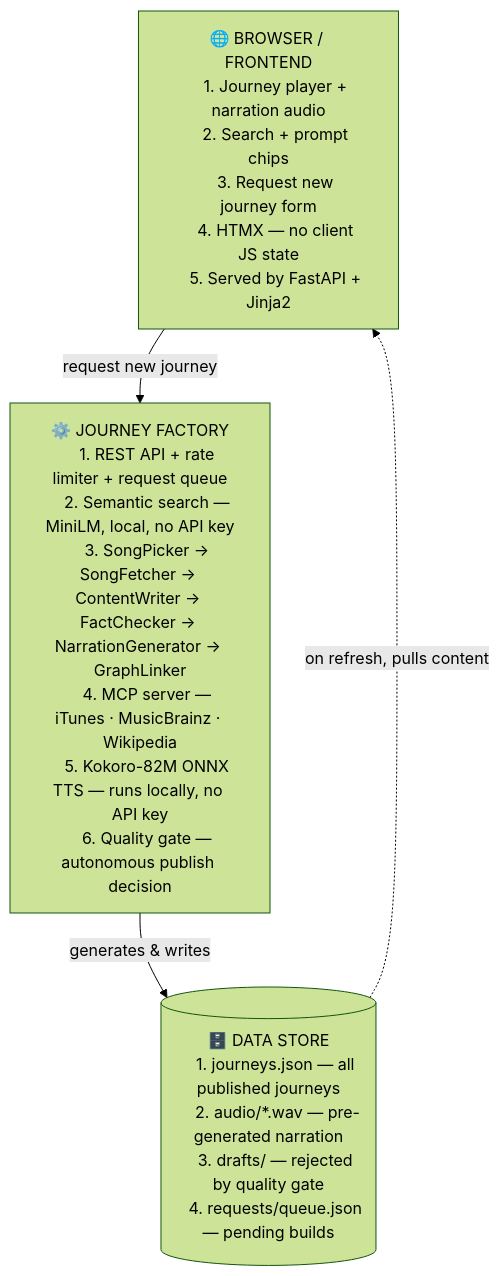
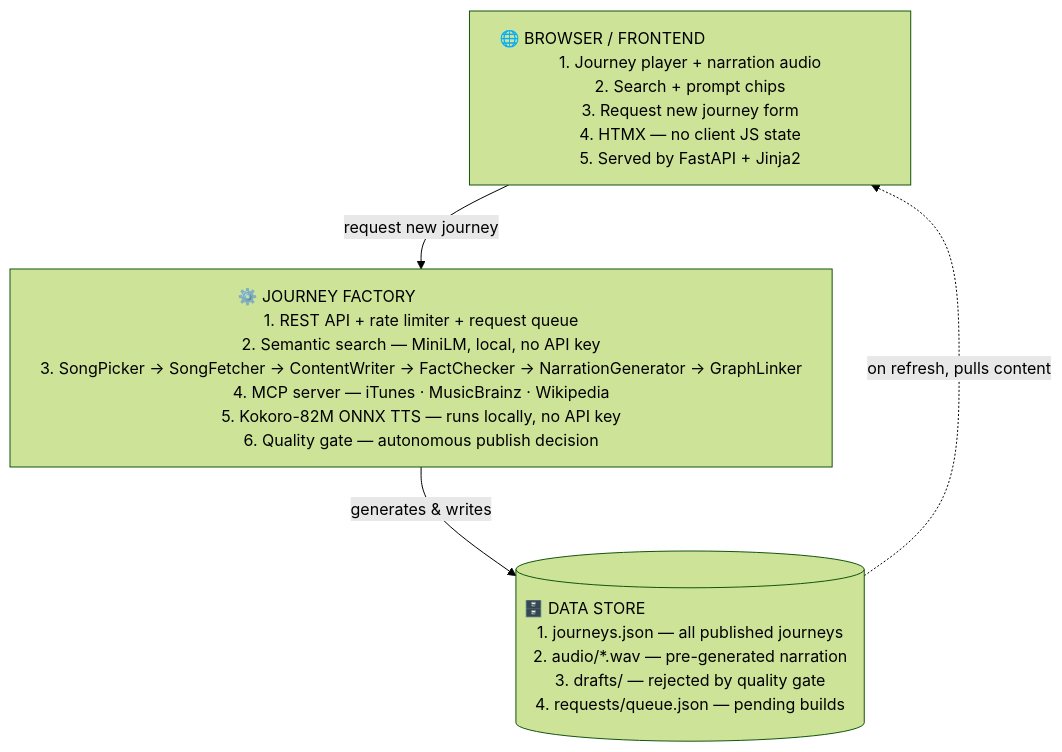
One commit to shiraakov/sonic-rabbit changed the diagram in README.md. Above: the diagram before and after it, drawn with Mermaid (forest theme).

Commit message:
Widen Mermaid diagram nodes

````diff
--- a/README.md
+++ b/README.md
@@ -19,27 +19,28 @@
 ```mermaid
+%%{init: {"flowchart": {"nodeSpacing": 50, "rankSpacing": 60, "wrappingWidth": 900}} }%%
 flowchart TD
-    FE["🌐 BROWSER / FRONTEND
+    FE["🌐 BROWSER / FRONTEND &nbsp;&nbsp;&nbsp;&nbsp;&nbsp;&nbsp;&nbsp;&nbsp;&nbsp;&nbsp;&nbsp;&nbsp;&nbsp;&nbsp;&nbsp;&nbsp;&nbsp;&nbsp;&nbsp;&nbsp;&nbsp;&nbsp;&nbsp;&nbsp;&nbsp;&nbsp;&nbsp;&nbsp;&nbsp;&nbsp;&nbsp;&nbsp;&nbsp;&nbsp;&nbsp;&nbsp;&nbsp;&nbsp;
     1. Journey player + narration audio
     2. Search + prompt chips
     3. Request new journey form
     4. HTMX — no client JS state
     5. Served by FastAPI + Jinja2"]
 
-    JF["⚙️ JOURNEY FACTORY
+    JF["⚙️ JOURNEY FACTORY &nbsp;&nbsp;&nbsp;&nbsp;&nbsp;&nbsp;&nbsp;&nbsp;&nbsp;&nbsp;&nbsp;&nbsp;&nbsp;&nbsp;&nbsp;&nbsp;&nbsp;&nbsp;&nbsp;&nbsp;&nbsp;&nbsp;&nbsp;&nbsp;&nbsp;&nbsp;&nbsp;&nbsp;&nbsp;&nbsp;&nbsp;&nbsp;&nbsp;&nbsp;&nbsp;&nbsp;&nbsp;&nbsp;&nbsp;&nbsp;&nbsp;
     1. REST API + rate limiter + request queue
     2. Semantic search — MiniLM, local, no API key
     3. SongPicker → SongFetcher → ContentWriter → FactChecker → NarrationGenerator → GraphLinker
     4. MCP server — iTunes · MusicBrainz · Wikipedia
     5. Kokoro-82M ONNX TTS — runs locally, no API key
     6. Quality gate — autonomous publish decision"]
 
-    DB[("🗄️ DATA STORE
+    DB[("🗄️ DATA STORE &nbsp;&nbsp;&nbsp;&nbsp;&nbsp;&nbsp;&nbsp;&nbsp;&nbsp;&nbsp;&nbsp;&nbsp;&nbsp;&nbsp;&nbsp;&nbsp;&nbsp;&nbsp;&nbsp;&nbsp;&nbsp;&nbsp;&nbsp;&nbsp;&nbsp;&nbsp;&nbsp;&nbsp;&nbsp;&nbsp;&nbsp;&nbsp;&nbsp;&nbsp;&nbsp;&nbsp;&nbsp;&nbsp;&nbsp;&nbsp;&nbsp;&nbsp;&nbsp;&nbsp;&nbsp;&nbsp;
     1. journeys.json — all published journeys
     2. audio/*.wav — pre-generated narration
     3. drafts/ — rejected by quality gate
     4. requests/queue.json — pending builds")]
 
     FE -->|request new journey| JF
     JF -->|generates & writes| DB
     DB -.->|on refresh, pulls content| FE
 ```
````
